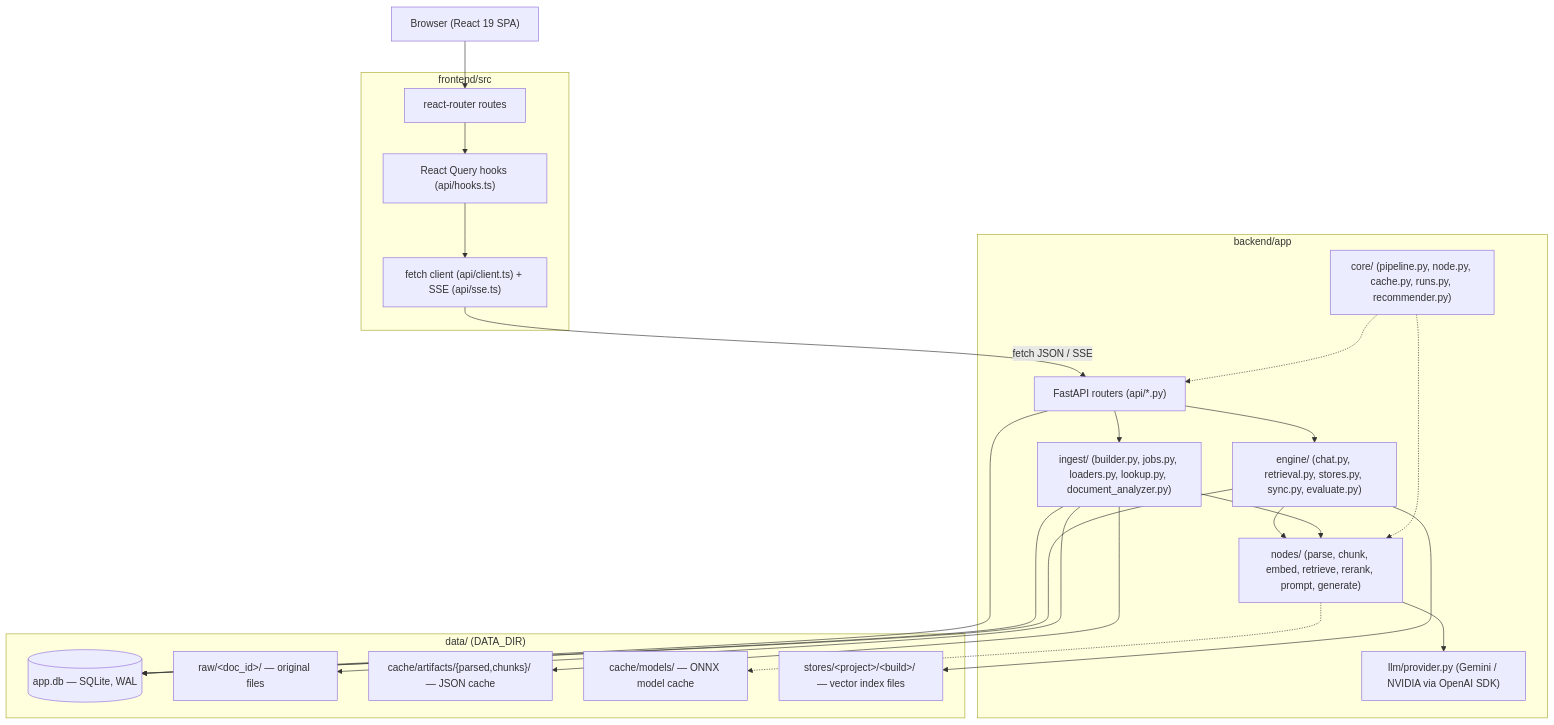
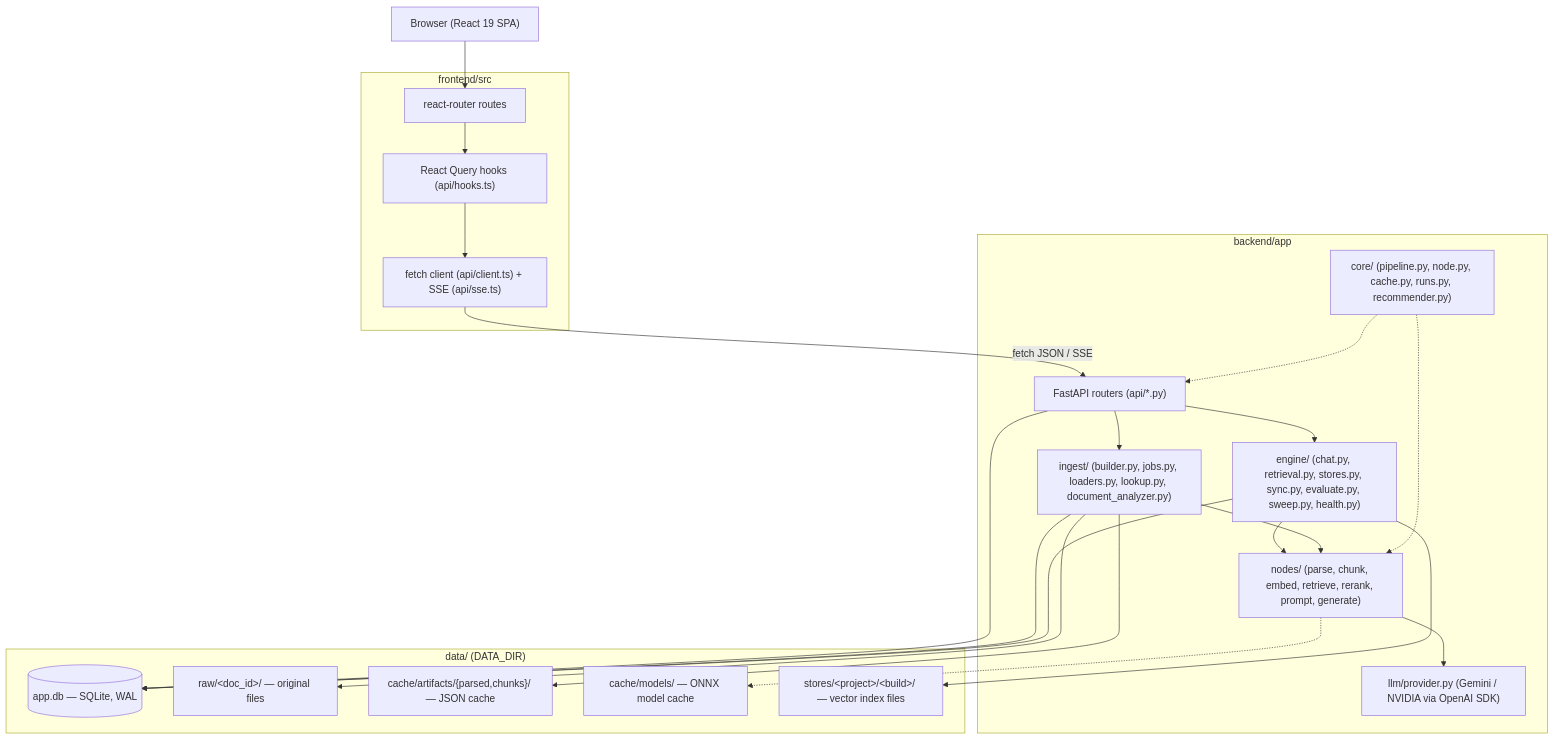
The first of 6 diagrams in DEVELOPER_ARCHITECTURE.md (anurag-njr11/Rag-Labs), drawn with Mermaid before and after one commit. The commit also changed other lines of this file and 73 other files, not shown here.

````diff
--- a/DEVELOPER_ARCHITECTURE.md
+++ b/DEVELOPER_ARCHITECTURE.md
@@ -15,41 +15,41 @@
 ```mermaid
 flowchart TB
     Browser["Browser (React 19 SPA)"]
     subgraph FE["frontend/src"]
         Router["react-router routes"]
         Hooks["React Query hooks (api/hooks.ts)"]
         Client["fetch client (api/client.ts) + SSE (api/sse.ts)"]
     end
     subgraph BE["backend/app"]
         API["FastAPI routers (api/*.py)"]
-        Engine["engine/ (chat.py, retrieval.py, stores.py, sync.py, evaluate.py)"]
+        Engine["engine/ (chat.py, retrieval.py, stores.py, sync.py, evaluate.py, sweep.py, health.py)"]
         Nodes["nodes/ (parse, chunk, embed, retrieve, rerank, prompt, generate)"]
         Ingest["ingest/ (builder.py, jobs.py, loaders.py, lookup.py, document_analyzer.py)"]
         Core["core/ (pipeline.py, node.py, cache.py, runs.py, recommender.py)"]
         LLM["llm/provider.py (Gemini / NVIDIA via OpenAI SDK)"]
     end
     subgraph Data["data/ (DATA_DIR)"]
         DB[("app.db — SQLite, WAL")]
         Raw["raw/&lt;doc_id&gt;/ — original files"]
         CacheDir["cache/artifacts/{parsed,chunks}/ — JSON cache"]
         ModelsDir["cache/models/ — ONNX model cache"]
         Stores["stores/&lt;project&gt;/&lt;build&gt;/ — vector index files"]
     end
 
     Browser --> Router --> Hooks --> Client
     Client -- "fetch JSON / SSE" --> API
     API --> Ingest
     API --> Engine
     Engine --> Nodes
     Ingest --> Nodes
     Nodes --> LLM
     Nodes -.-> ModelsDir
     Ingest --> Raw
     Ingest --> CacheDir
     Engine --> Stores
     API --> DB
     Ingest --> DB
     Engine --> DB
     Core -.-> API
     Core -.-> Nodes
 ```
````
